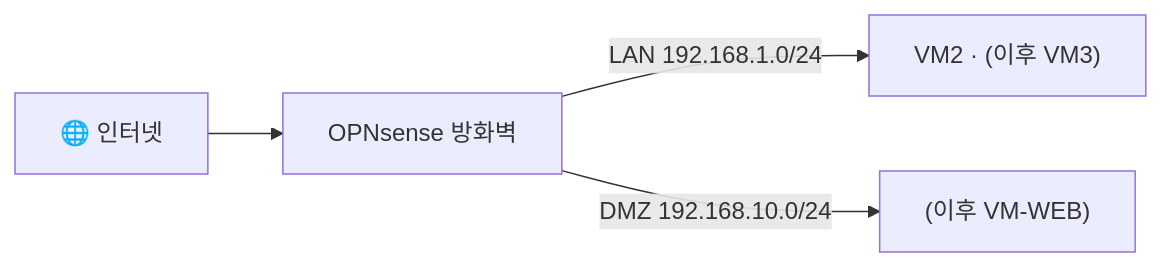
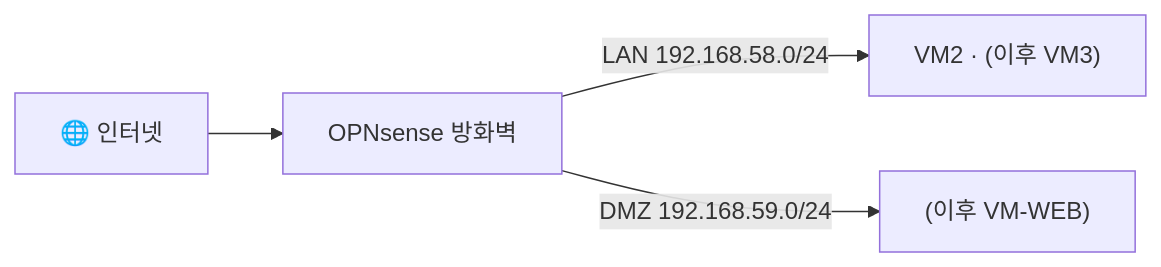
Before and after one commit to sbaek100/sbaek100.github.io: the diagram in _posts/1.응용강의/aiwebsec/2026-06-12-aiwebsec-29-siem-firewall.md, drawn with Mermaid. The commit also changed other lines of this file and 518 other files, not shown here.

````diff
--- a/_posts/1.응용강의/aiwebsec/2026-06-12-aiwebsec-29-siem-firewall.md
+++ b/_posts/1.응용강의/aiwebsec/2026-06-12-aiwebsec-29-siem-firewall.md
@@ -48,6 +48,6 @@
 ```mermaid
 graph LR
     INET["🌐 인터넷"] --> FW["OPNsense 방화벽"]
-    FW -->|LAN 192.168.1.0/24| L["VM2 · (이후 VM3)"]
-    FW -->|DMZ 192.168.10.0/24| D["(이후 VM-WEB)"]
+    FW -->|LAN 192.168.58.0/24| L["VM2 · (이후 VM3)"]
+    FW -->|DMZ 192.168.59.0/24| D["(이후 VM-WEB)"]
 ```
````
